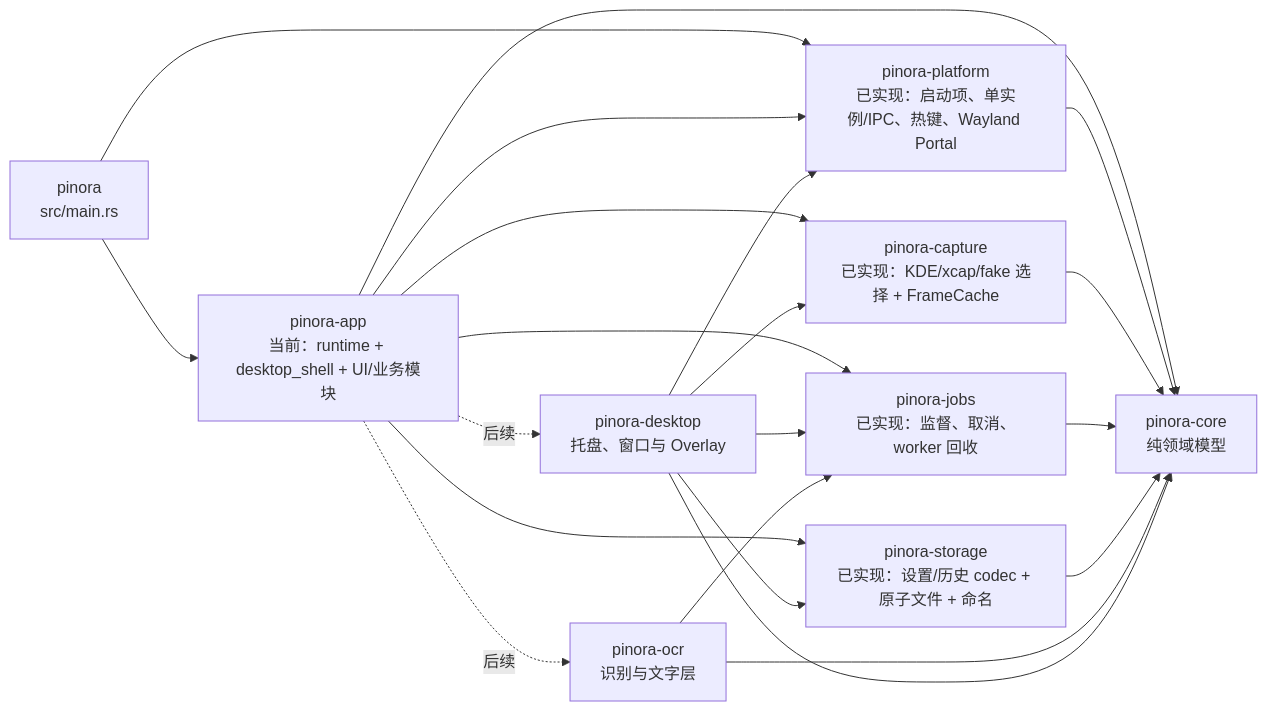
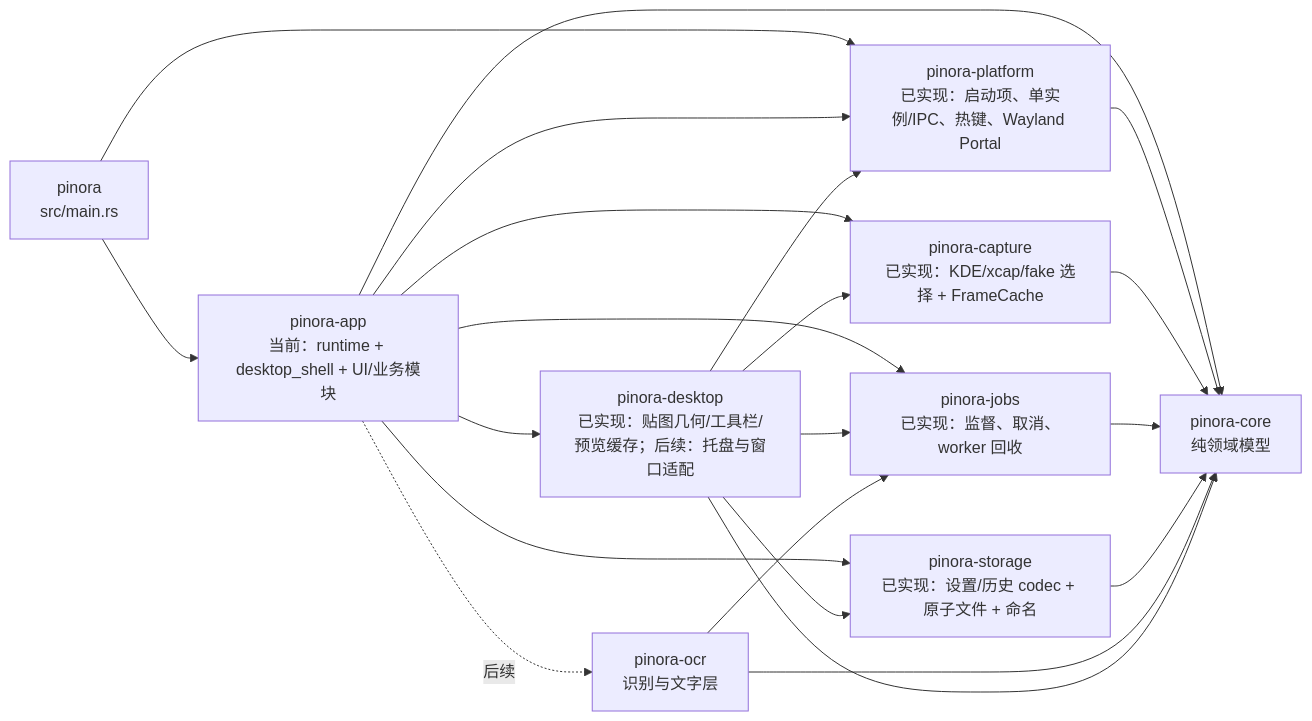
One commit to yhyzgn/pinora changed the third of 23 diagrams in docs/Pinora-开发设计文档.md. Above: the diagram before and after it, drawn with Mermaid. The commit also changed other lines of this file and 16 other files, not shown here.

````diff
--- a/docs/Pinora-开发设计文档.md
+++ b/docs/Pinora-开发设计文档.md
@@ -236,24 +236,24 @@
 ```mermaid
 flowchart LR
     Main["pinora\nsrc/main.rs"] --> App["pinora-app\n当前：runtime + desktop_shell + UI/业务模块"]
     Main --> Platform["pinora-platform\n已实现：启动项、单实例/IPC、热键、Wayland Portal"]
     App --> Platform
     App --> Core["pinora-core\n纯领域模型"]
     Platform --> Core
 
     App --> CaptureNow["pinora-capture\n已实现：KDE/xcap/fake 选择 + FrameCache"]
     CaptureNow --> Core
     App --> JobsNow["pinora-jobs\n已实现：监督、取消、worker 回收"]
     JobsNow --> Core
     App --> StorageNow["pinora-storage\n已实现：设置/历史 codec + 原子文件 + 命名"]
     StorageNow --> Core
-    App -. 后续 .-> Desktop["pinora-desktop\n托盘、窗口与 Overlay"]
+    App --> Desktop["pinora-desktop\n已实现：贴图几何/工具栏/预览缓存；后续：托盘与窗口适配"]
     App -. 后续 .-> Ocr["pinora-ocr\n识别与文字层"]
     Ocr --> Core
     Desktop --> Core
     Desktop --> Platform
     Desktop --> CaptureNow
     Desktop --> JobsNow
     Desktop --> StorageNow
     Ocr --> JobsNow
 ```
````
